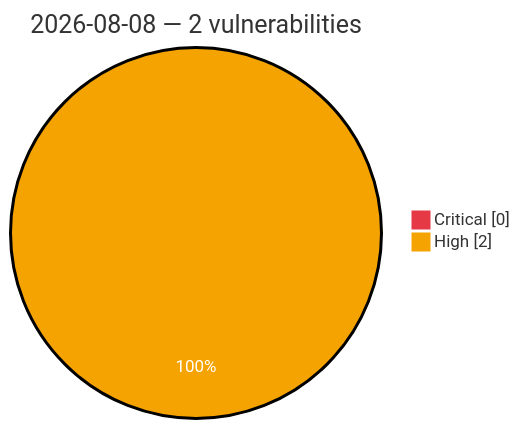
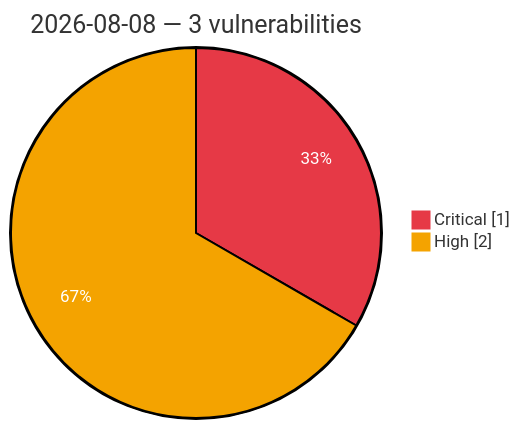
One commit to GhostX0X/vuln-tracker changed the diagram in vulnerabilities/2026-08-08.md. Above: the diagram before and after it, drawn with Mermaid. The commit also changed other lines of this file and 2 other files, not shown here.

Commit message:
Auto update: critical/high vulns (2026-08-08 08:59 UTC)

````diff
--- a/vulnerabilities/2026-08-08.md
+++ b/vulnerabilities/2026-08-08.md
@@ -3,7 +3,7 @@
 ```mermaid
 %%{init: {'theme':'base', 'themeVariables': {'pie1':'#e63946', 'pie2':'#f4a300', 'pieOpacity':'1', 'pieOuterStrokeWidth':'2px', 'pieSectionTextColor':'#ffffff'}}}%%
 pie showData
-    title 2026-08-08 — 2 vulnerabilities
-    "Critical" : 0
+    title 2026-08-08 — 3 vulnerabilities
+    "Critical" : 1
     "High" : 2
 ```
````
